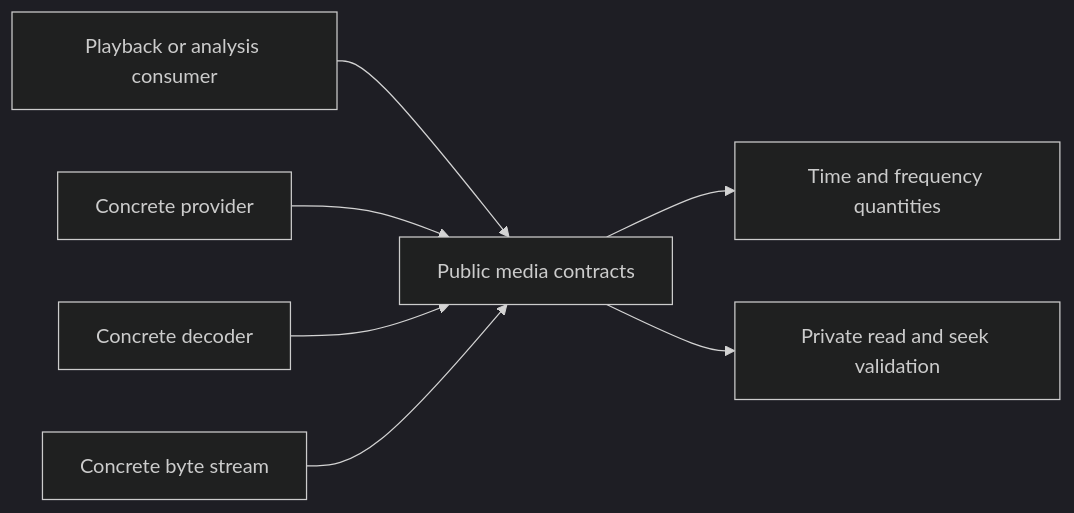
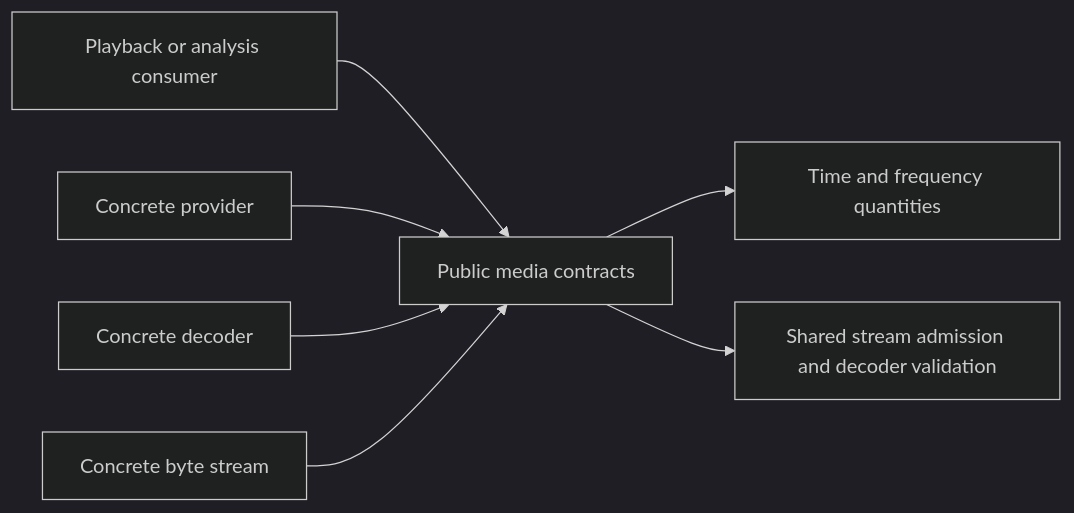
The diagram in src/core/media/README.md (Vokerlee/wiola-player), drawn with Mermaid (dark theme) before and after one commit. The commit also changed other lines of this file and 18 other files, not shown here.

Commit message:
media: own byte-stream admission independently of drivers

````diff
--- a/src/core/media/README.md
+++ b/src/core/media/README.md
@@ -5,9 +5,9 @@
 ```mermaid
 flowchart LR
     Consumer[Playback or analysis consumer] --> Media[Public media contracts]
     Provider[Concrete provider] --> Media
     Decoder[Concrete decoder] --> Media
     Stream[Concrete byte stream] --> Media
     Media --> Quantities[Time and frequency quantities]
-    Media --> Validation[Private read and seek validation]
+    Media --> Validation[Shared stream admission and decoder validation]
 ```
````
